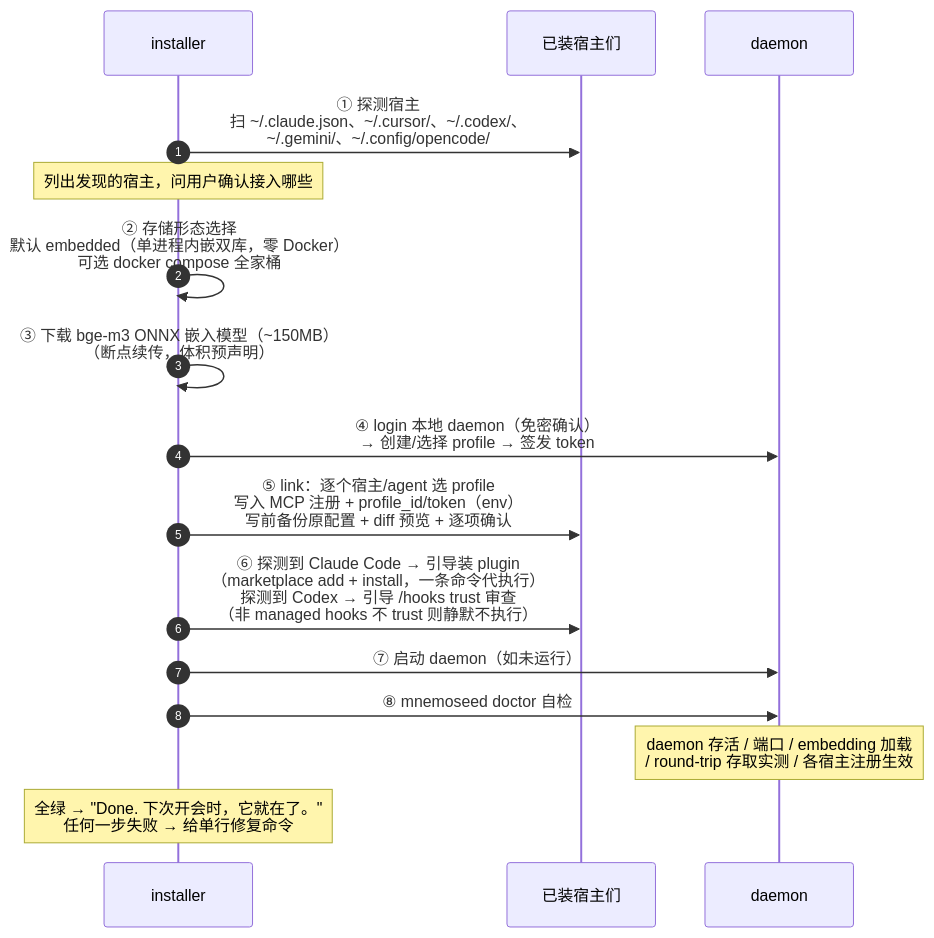
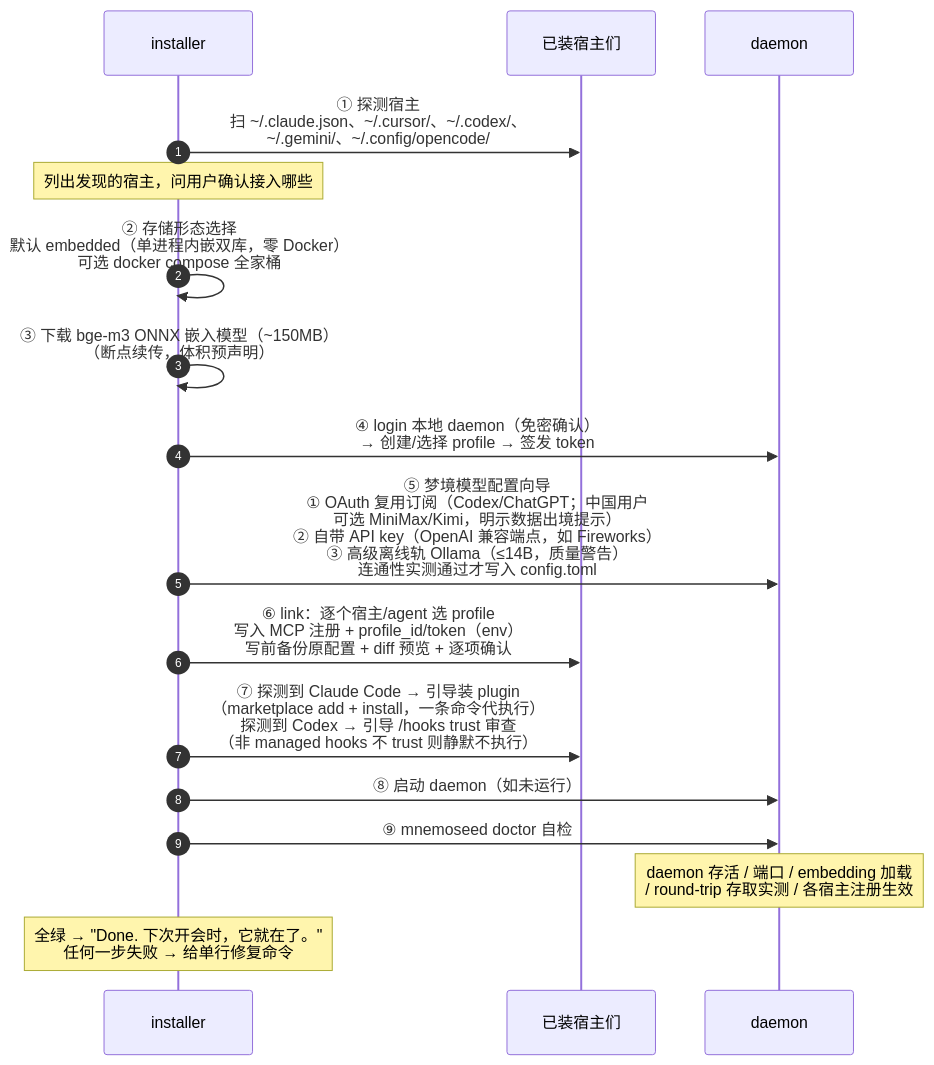
The fourth of 5 diagrams in docs/design/06-接入与安装体验.md (MnemoSeed/mnemoseed), drawn with Mermaid before and after one commit. The commit also changed 7 other files, not shown here.

First line of the commit message:
docs: dream LLM default = OAuth/API-key first, local track demoted to advanced

````diff
--- a/docs/design/06-接入与安装体验.md
+++ b/docs/design/06-接入与安装体验.md
@@ -186,18 +186,19 @@
 ```mermaid
 sequenceDiagram
     autonumber
     participant I as installer
     participant H as 已装宿主们
     participant D as daemon
     I->>H: ① 探测宿主<br/>扫 ~/.claude.json、~/.cursor/、~/.codex/、<br/>~/.gemini/、~/.config/opencode/
     Note over I: 列出发现的宿主，问用户确认接入哪些
     I->>I: ② 存储形态选择<br/>默认 embedded（单进程内嵌双库，零 Docker）<br/>可选 docker compose 全家桶
     I->>I: ③ 下载 bge-m3 ONNX 嵌入模型（~150MB）<br/>（断点续传，体积预声明）
     I->>D: ④ login 本地 daemon（免密确认）<br/>→ 创建/选择 profile → 签发 token
-    I->>H: ⑤ link：逐个宿主/agent 选 profile<br/>写入 MCP 注册 + profile_id/token（env）<br/>写前备份原配置 + diff 预览 + 逐项确认
-    I->>H: ⑥ 探测到 Claude Code → 引导装 plugin<br/>（marketplace add + install，一条命令代执行）<br/>探测到 Codex → 引导 /hooks trust 审查<br/>（非 managed hooks 不 trust 则静默不执行）
-    I->>D: ⑦ 启动 daemon（如未运行）
-    I->>D: ⑧ mnemoseed doctor 自检
+    I->>D: ⑤ 梦境模型配置向导<br/>① OAuth 复用订阅（Codex/ChatGPT；中国用户<br/>可选 MiniMax/Kimi，明示数据出境提示）<br/>② 自带 API key（OpenAI 兼容端点，如 Fireworks）<br/>③ 高级离线轨 Ollama（≤14B，质量警告）<br/>连通性实测通过才写入 config.toml
+    I->>H: ⑥ link：逐个宿主/agent 选 profile<br/>写入 MCP 注册 + profile_id/token（env）<br/>写前备份原配置 + diff 预览 + 逐项确认
+    I->>H: ⑦ 探测到 Claude Code → 引导装 plugin<br/>（marketplace add + install，一条命令代执行）<br/>探测到 Codex → 引导 /hooks trust 审查<br/>（非 managed hooks 不 trust 则静默不执行）
+    I->>D: ⑧ 启动 daemon（如未运行）
+    I->>D: ⑨ mnemoseed doctor 自检
     Note over D: daemon 存活 / 端口 / embedding 加载<br/>/ round-trip 存取实测 / 各宿主注册生效
     Note over I: 全绿 → "Done. 下次开会时，它就在了。"<br/>任何一步失败 → 给单行修复命令
 ```
````
